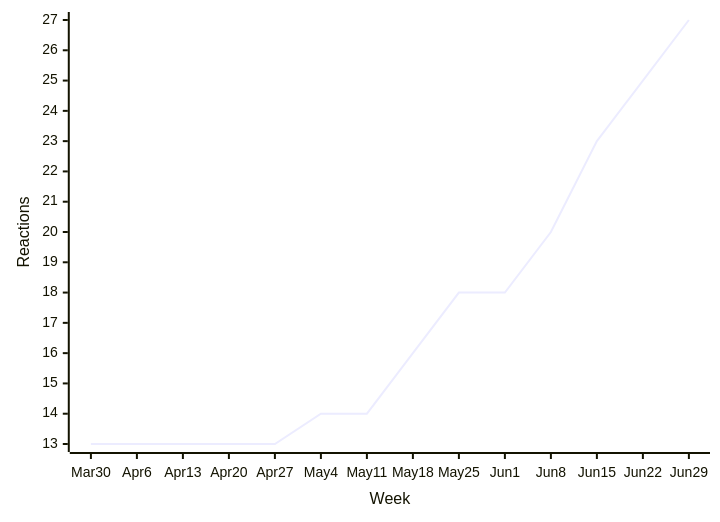
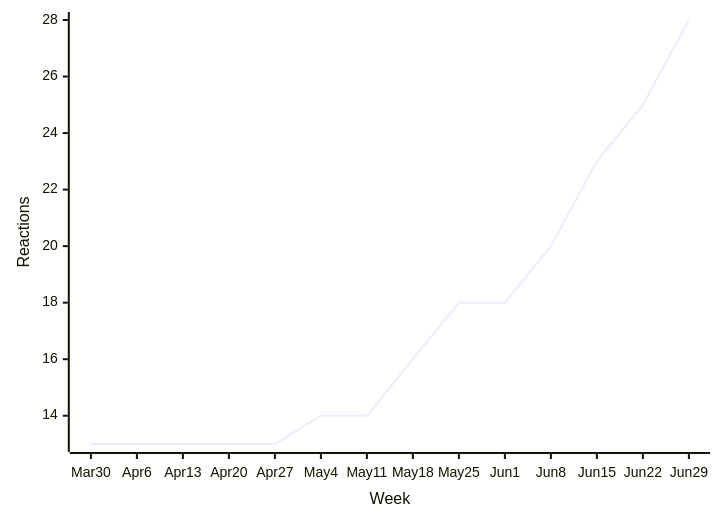
Diagram 12 of 49 in README.md (loic-sharma/github-insights), drawn with Mermaid before and after one commit. The commit also changed other lines of this file and 1 other file, not shown here.

````diff
--- a/README.md
+++ b/README.md
@@ -526,6 +526,6 @@
   ```mermaid
   xychart-beta
     x-axis "Week" [Mar 30, Apr 6, Apr 13, Apr 20, Apr 27, May 4, May 11, May 18, May 25, Jun 1, Jun 8, Jun 15, Jun 22, Jun 29]
     y-axis "Reactions"
-    line [13, 13, 13, 13, 13, 14, 14, 16, 18, 18, 20, 23, 25, 27]
+    line [13, 13, 13, 13, 13, 14, 14, 16, 18, 18, 20, 23, 25, 28]
   ```
````
